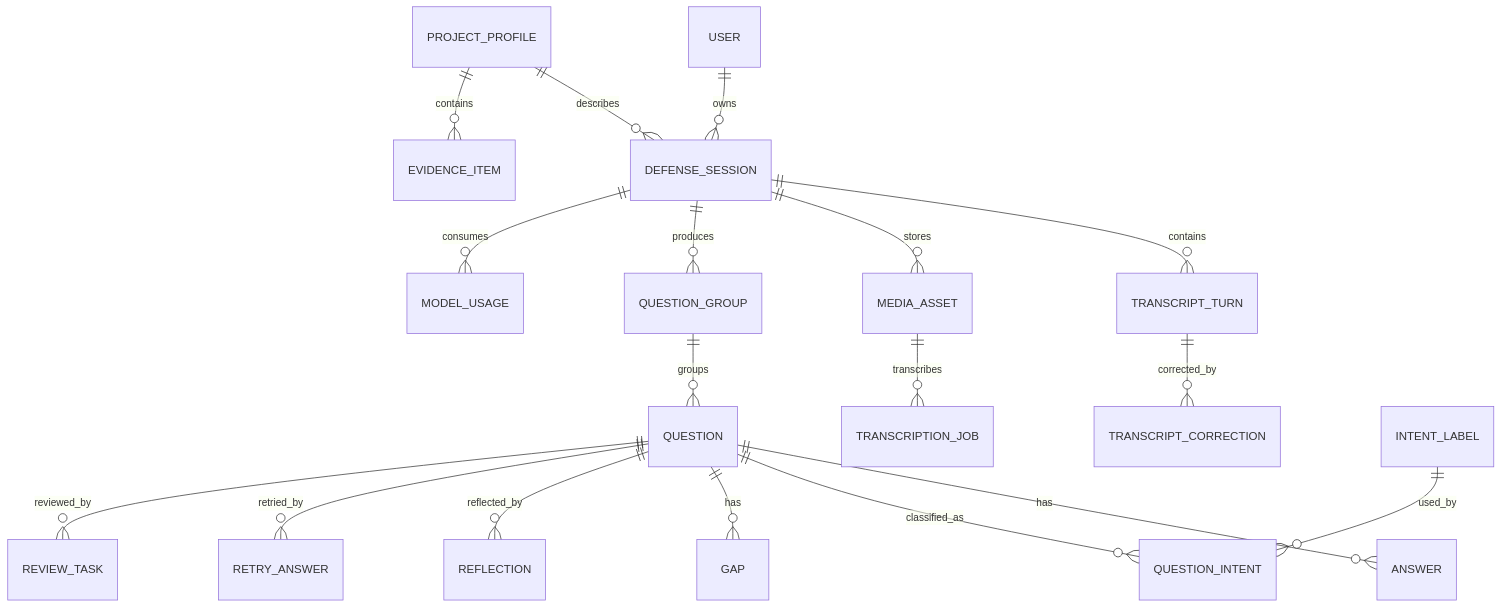
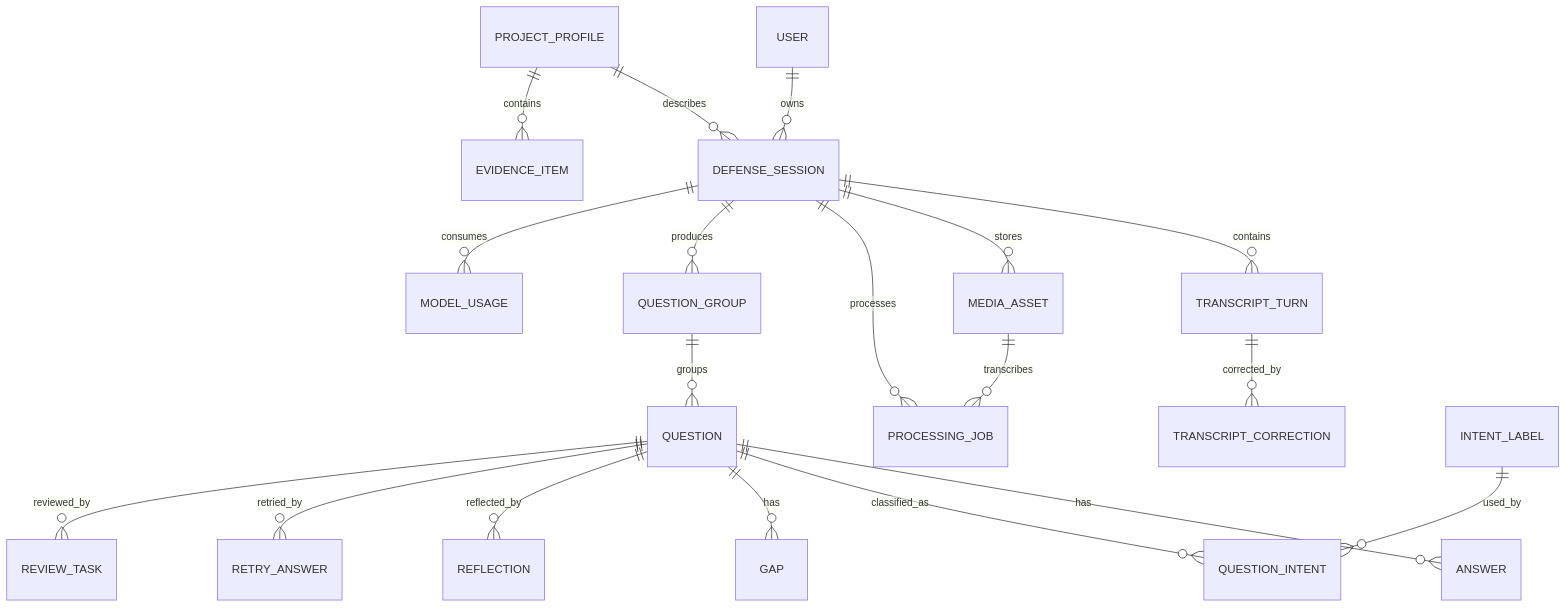
One commit to xqh300999/Interview-Reflection-AI changed the diagram in docs/08-data-model.md. Above: the diagram before and after it, drawn with Mermaid. The commit also changed other lines of this file and 6 other files, not shown here.

Commit message:
docs: define technical architecture and git workflow

````diff
--- a/docs/08-data-model.md
+++ b/docs/08-data-model.md
@@ -21,20 +21,21 @@
 ```mermaid
 erDiagram
     USER ||--o{ DEFENSE_SESSION : owns
     PROJECT_PROFILE ||--o{ DEFENSE_SESSION : describes
     DEFENSE_SESSION ||--o{ TRANSCRIPT_TURN : contains
     DEFENSE_SESSION ||--o{ MEDIA_ASSET : stores
-    MEDIA_ASSET ||--o{ TRANSCRIPTION_JOB : transcribes
+    DEFENSE_SESSION ||--o{ PROCESSING_JOB : processes
+    MEDIA_ASSET ||--o{ PROCESSING_JOB : transcribes
     TRANSCRIPT_TURN ||--o{ TRANSCRIPT_CORRECTION : corrected_by
     DEFENSE_SESSION ||--o{ QUESTION_GROUP : produces
     QUESTION_GROUP ||--o{ QUESTION : groups
     QUESTION ||--o{ ANSWER : has
     QUESTION ||--o{ QUESTION_INTENT : classified_as
     INTENT_LABEL ||--o{ QUESTION_INTENT : used_by
     QUESTION ||--o{ GAP : has
     QUESTION ||--o{ REFLECTION : reflected_by
     QUESTION ||--o{ RETRY_ANSWER : retried_by
     QUESTION ||--o{ REVIEW_TASK : reviewed_by
     DEFENSE_SESSION ||--o{ MODEL_USAGE : consumes
     PROJECT_PROFILE ||--o{ EVIDENCE_ITEM : contains
 ```
````
